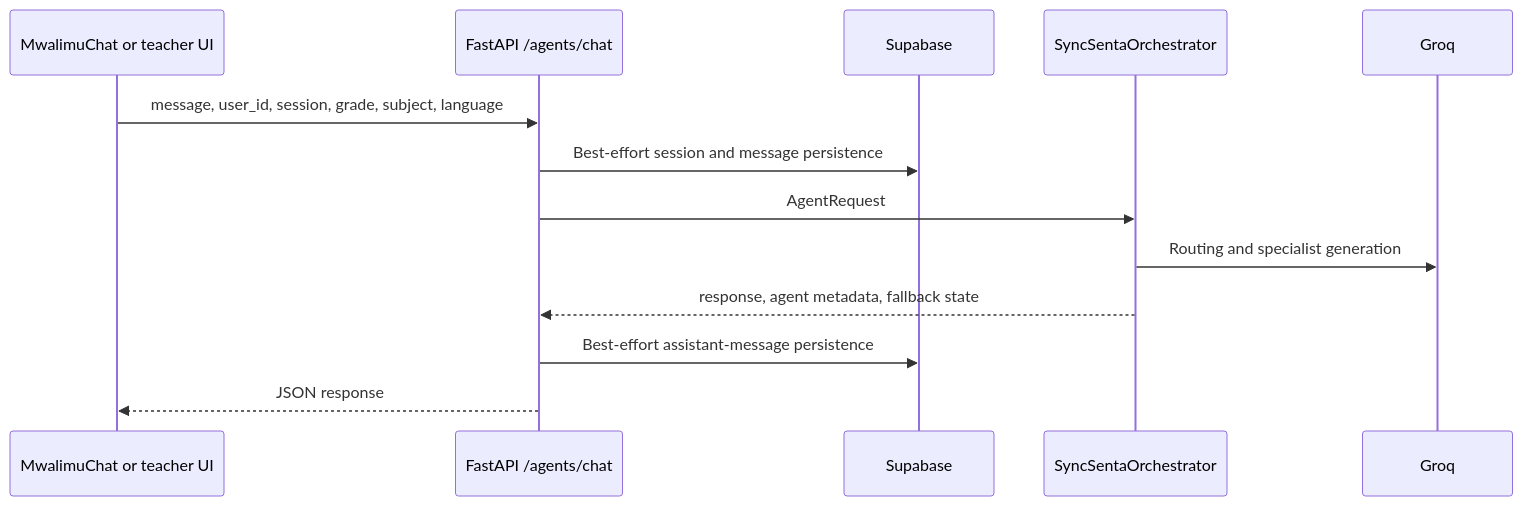
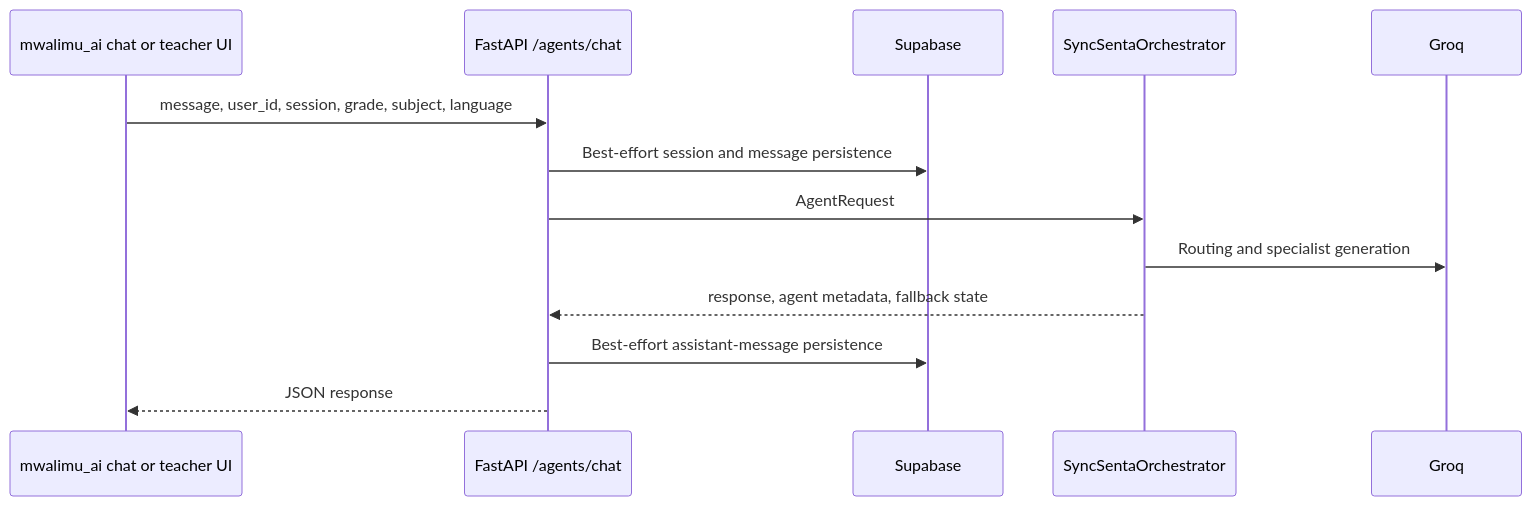
Before and after one commit to Asmit-ctrl/Ascendra: the third of 3 diagrams in docs/ARCHITECTURE.md, drawn with Mermaid. The commit also changed other lines of this file and 51 other files, not shown here.

```diff
--- a/docs/ARCHITECTURE.md
+++ b/docs/ARCHITECTURE.md
@@ -219,15 +219,15 @@
 ~~~mermaid
 sequenceDiagram
-  participant B as MwalimuChat or teacher UI
+  participant B as mwalimu_ai chat or teacher UI
   participant A as FastAPI /agents/chat
   participant S as Supabase
   participant O as SyncSentaOrchestrator
   participant G as Groq
   B->>A: message, user_id, session, grade, subject, language
   A->>S: Best-effort session and message persistence
   A->>O: AgentRequest
   O->>G: Routing and specialist generation
   O-->>A: response, agent metadata, fallback state
   A->>S: Best-effort assistant-message persistence
   A-->>B: JSON response
 ~~~
```
